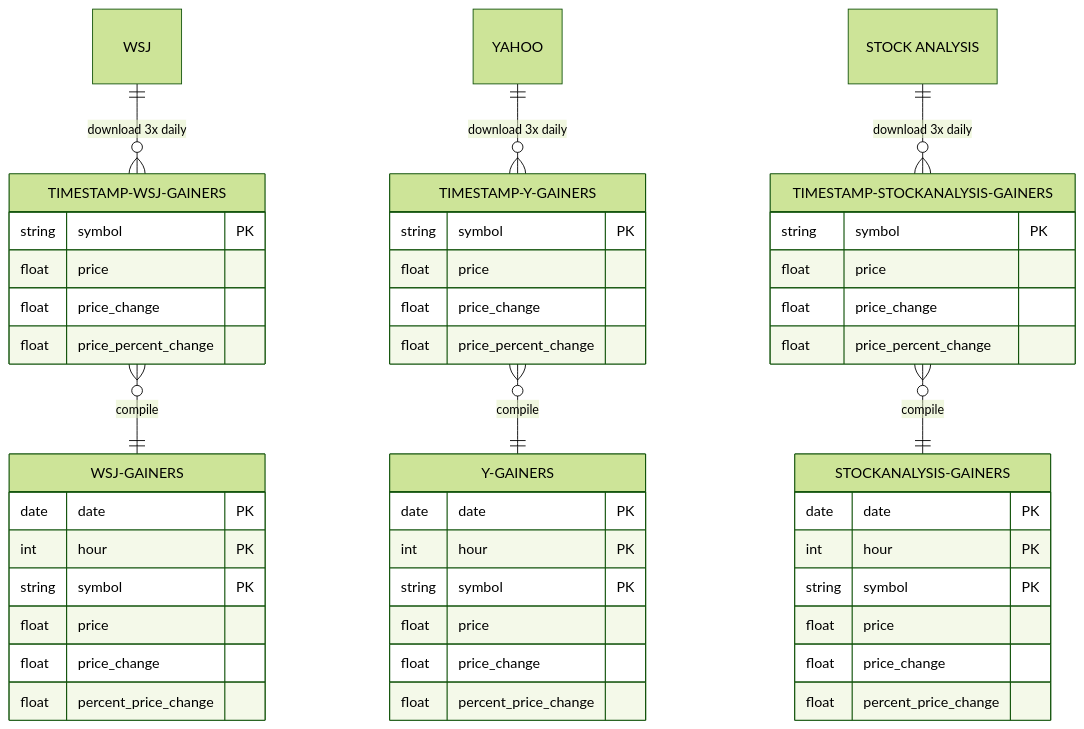
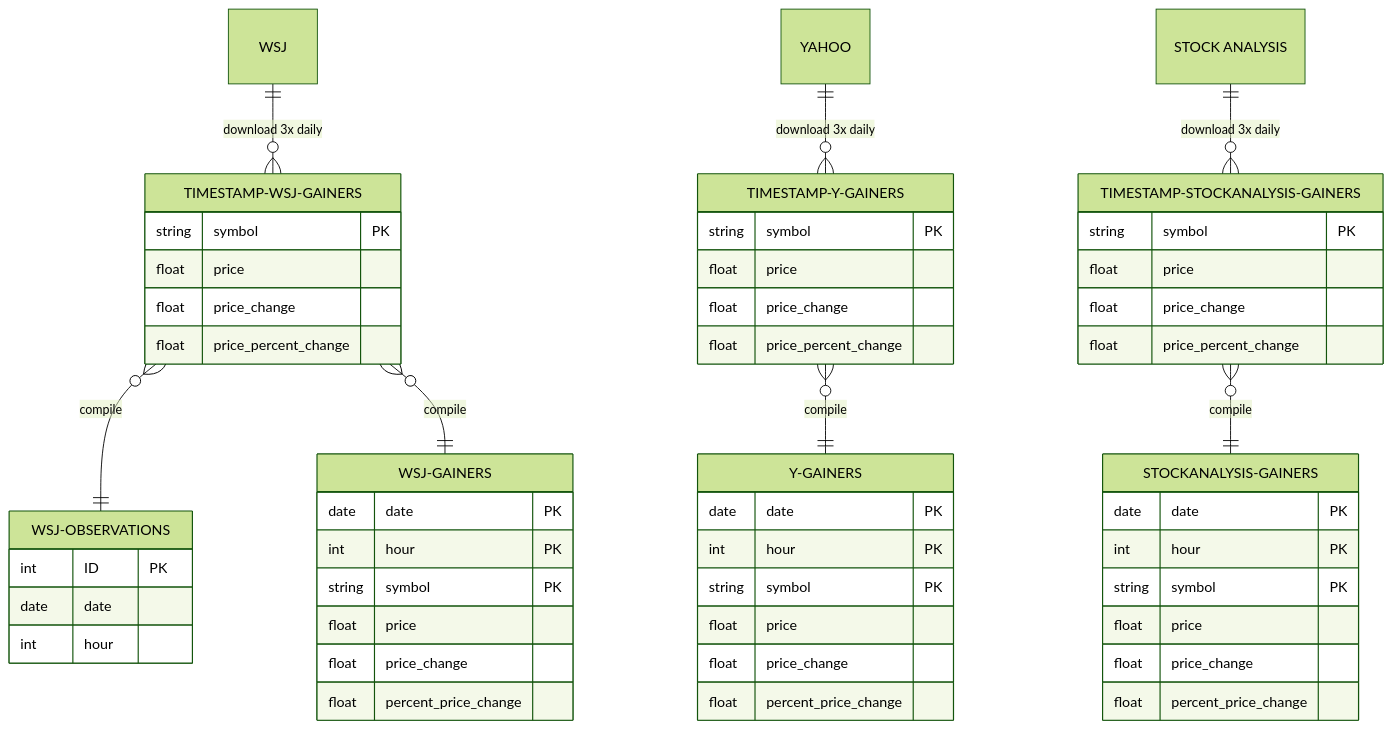
The diagram in ERD/ERD.md (KazBarker/SP25_DS5111_nrg6cb), drawn with Mermaid (forest theme) before and after one commit.

Commit message:
experimenting with more tables

````diff
--- a/ERD/ERD.md
+++ b/ERD/ERD.md
@@ -2,54 +2,62 @@
 ```mermaid
 erDiagram
     WSJ only one to zero or more TIMESTAMP-WSJ-GAINERS : "download 3x daily"
     YAHOO only one to zero or more TIMESTAMP-Y-GAINERS : "download 3x daily"
     "STOCK ANALYSIS" only one to zero or more TIMESTAMP-STOCKANALYSIS-GAINERS : "download 3x daily"
     
     TIMESTAMP-WSJ-GAINERS {
         string symbol PK
         float price
         float price_change
         float price_percent_change
     }
     TIMESTAMP-Y-GAINERS {
         string symbol PK
         float price
         float price_change
         float price_percent_change
     }
     TIMESTAMP-STOCKANALYSIS-GAINERS {
         string symbol PK
         float price
         float price_change
         float price_percent_change
+    }
+ 
+    TIMESTAMP-WSJ-GAINERS many to only one WSJ-OBSERVATIONS : "compile"
+
+    WSJ-OBSERVATIONS {
+        int ID PK
+        date date
+        int hour
     }
 
     TIMESTAMP-WSJ-GAINERS many to only one WSJ-GAINERS : "compile"
     TIMESTAMP-Y-GAINERS many to only one Y-GAINERS : "compile"
     TIMESTAMP-STOCKANALYSIS-GAINERS many to only one STOCKANALYSIS-GAINERS : "compile"
 
     WSJ-GAINERS {
         date date PK
         int hour PK
         string symbol PK
         float price
         float price_change
         float percent_price_change
     }
     Y-GAINERS {
         date date PK
         int hour PK
         string symbol PK
         float price
         float price_change
         float percent_price_change
     }
     STOCKANALYSIS-GAINERS {
         date date PK
         int hour PK
         string symbol PK
         float price
         float price_change
         float percent_price_change
     }
 ```
````
